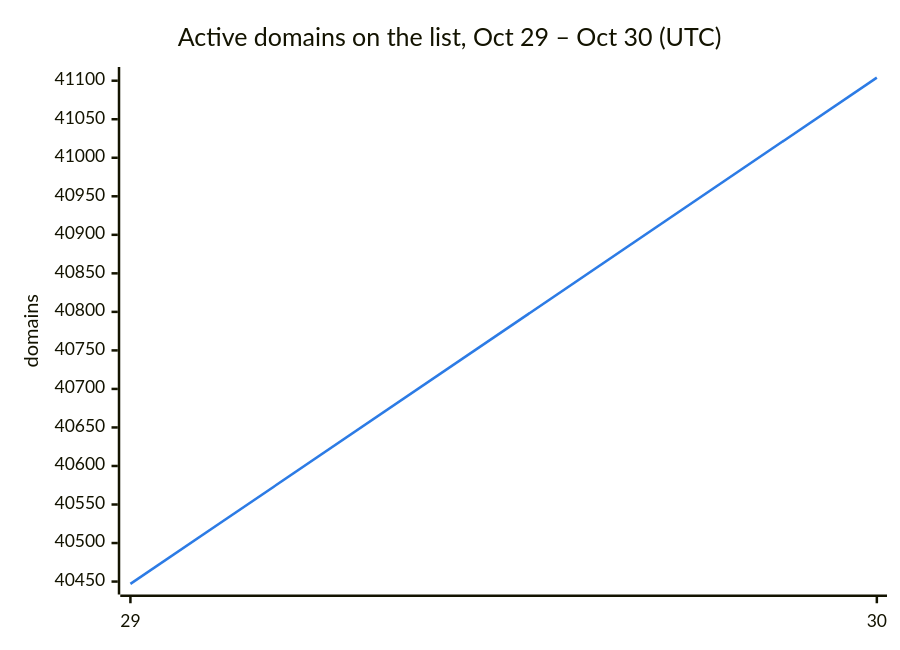
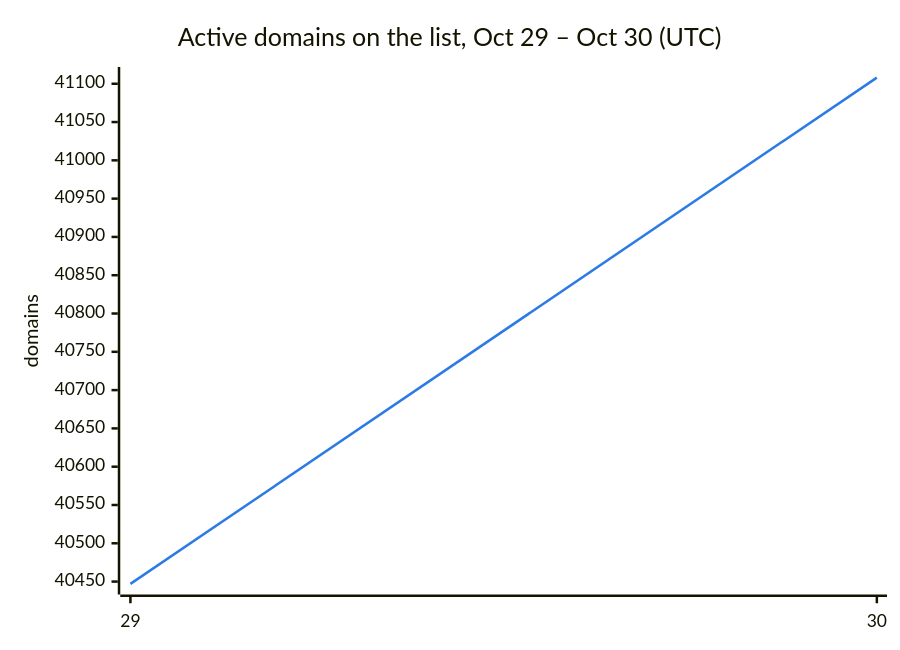
One commit to DNSBunker/CTI changed the second of 3 diagrams in README.md. Above: the diagram before and after it, drawn with Mermaid. The commit also changed other lines of this file and 3 other files, not shown here.

````diff
--- a/README.md
+++ b/README.md
@@ -38,8 +38,8 @@
 ```mermaid
 %%{init: {"themeVariables": {"xyChart": {"plotColorPalette": "#2c7be5"}}}}%%
 xychart-beta
     title "Active domains on the list, Oct 29 – Oct 30 (UTC)"
     x-axis ["29", "30"]
     y-axis "domains"
-    line [40447, 41104]
+    line [40447, 41108]
 ```
````
